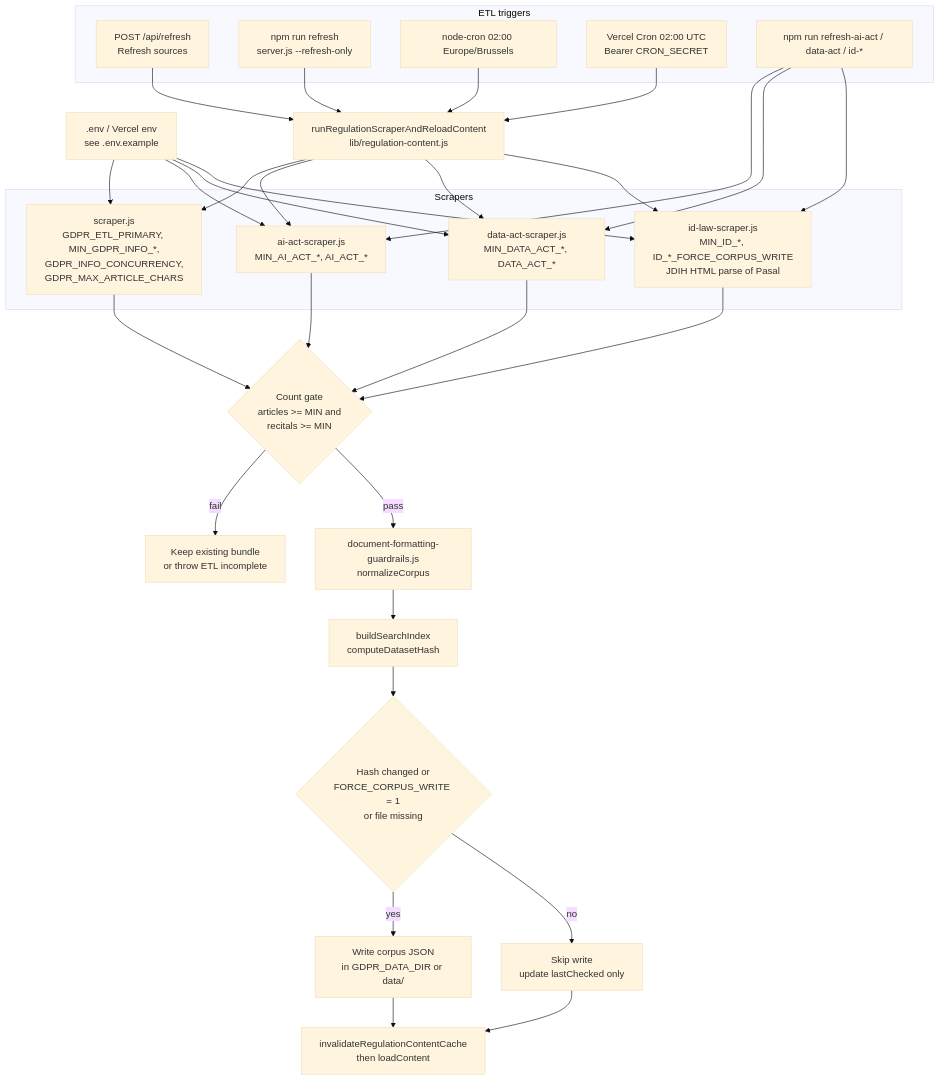
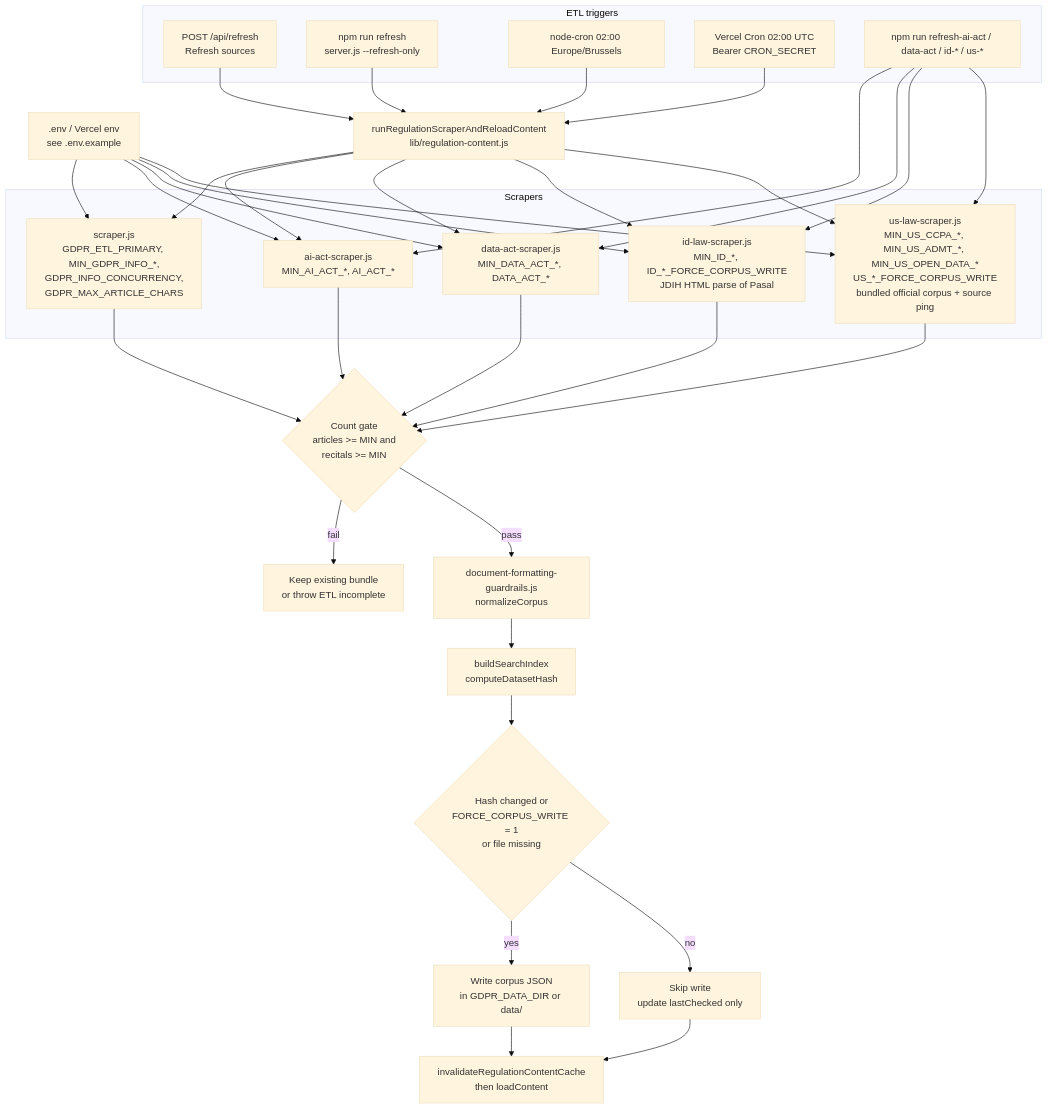
Before and after one commit to RifqiMT/gdpr-qa-platform: the second of 6 diagrams in docs/VARIABLES.md, drawn with Mermaid (base theme). The commit also changed other lines of this file and 51 other files, not shown here.

````diff
--- a/docs/VARIABLES.md
+++ b/docs/VARIABLES.md
@@ -792,54 +865,59 @@
 ```mermaid
 flowchart TD
   ENV[".env / Vercel env<br/>see .env.example"]
 
   subgraph Triggers["ETL triggers"]
     T1["POST /api/refresh<br/>Refresh sources"]
     T2["npm run refresh<br/>server.js --refresh-only"]
     T3["node-cron 02:00 Europe/Brussels"]
     T4["Vercel Cron 02:00 UTC<br/>Bearer CRON_SECRET"]
-    T5["npm run refresh-ai-act / data-act / id-*"]
+    T5["npm run refresh-ai-act / data-act / id-* / us-*"]
   end
 
   DISPATCH["runRegulationScraperAndReloadContent<br/>lib/regulation-content.js"]
 
   subgraph Scrapers["Scrapers"]
     S1["scraper.js<br/>GDPR_ETL_PRIMARY, MIN_GDPR_INFO_*,<br/>GDPR_INFO_CONCURRENCY,<br/>GDPR_MAX_ARTICLE_CHARS"]
     S2["ai-act-scraper.js<br/>MIN_AI_ACT_*, AI_ACT_*"]
     S3["data-act-scraper.js<br/>MIN_DATA_ACT_*, DATA_ACT_*"]
     S4["id-law-scraper.js<br/>MIN_ID_*, ID_*_FORCE_CORPUS_WRITE<br/>JDIH HTML parse of Pasal"]
+    S5["us-law-scraper.js<br/>MIN_US_CCPA_*, MIN_US_ADMT_*, MIN_US_OPEN_DATA_*<br/>US_*_FORCE_CORPUS_WRITE<br/>bundled official corpus + source ping"]
   end
 
   GATE{"Count gate<br/>articles >= MIN and<br/>recitals >= MIN"}
   KEEP["Keep existing bundle<br/>or throw ETL incomplete"]
   GUARD["document-formatting-guardrails.js<br/>normalizeCorpus"]
   IDX["buildSearchIndex<br/>computeDatasetHash"]
   WRITE{"Hash changed or<br/>FORCE_CORPUS_WRITE = 1<br/>or file missing"}
   JSON["Write corpus JSON<br/>in GDPR_DATA_DIR or data/"]
   SKIP["Skip write<br/>update lastChecked only"]
   INV["invalidateRegulationContentCache<br/>then loadContent"]
 
   ENV --> S1
   ENV --> S2
   ENV --> S3
   ENV --> S4
+  ENV --> S5
   T1 --> DISPATCH
   T2 --> DISPATCH
   T3 --> DISPATCH
   T4 --> DISPATCH
   T5 --> S2
   T5 --> S3
   T5 --> S4
+  T5 --> S5
   DISPATCH --> S1
   DISPATCH --> S2
   DISPATCH --> S3
   DISPATCH --> S4
+  DISPATCH --> S5
   S1 --> GATE
   S2 --> GATE
   S3 --> GATE
   S4 --> GATE
+  S5 --> GATE
   GATE -->|"fail"| KEEP
   GATE -->|"pass"| GUARD --> IDX --> WRITE
   WRITE -->|"yes"| JSON --> INV
   WRITE -->|"no"| SKIP --> INV
 ```
````
